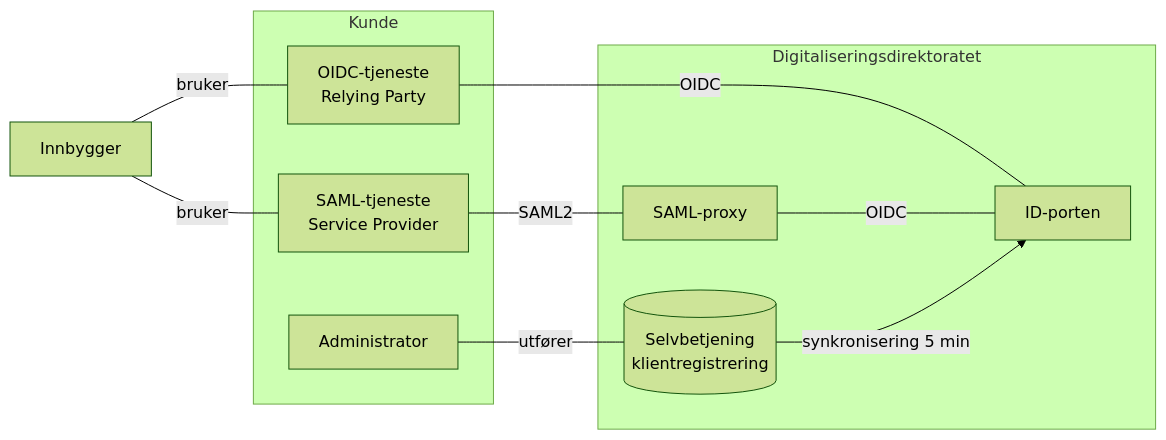
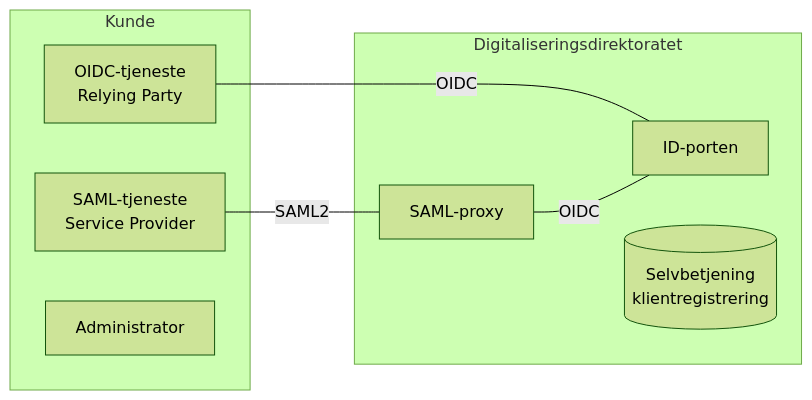
Before and after one commit to felleslosninger/docs: the diagram in _docs/idporten/idporten/idporten_overordnet.md, drawn with Mermaid (forest theme).

```diff
--- a/_docs/idporten/idporten/idporten_overordnet.md
+++ b/_docs/idporten/idporten/idporten_overordnet.md
@@ -26,22 +26,17 @@
 <div class="mermaid">
 graph LR
   subgraph Digitaliseringsdirektoratet
     IDP[ID-porten]
     SAML[SAML-proxy]
     SADM[(Selvbetjening <br/>klientregistrering)]
   end
   subgraph Kunde
      SP[SAML-tjeneste <br/>Service Provider]
      RP[OIDC-tjeneste <br/>Relying Party]
      ADM[Administrator]
   end
   RP-- OIDC ---IDP
   SP-- SAML2 ---SAML
   SAML-- OIDC ---IDP
-  ADM-- utfører ---SADM
-  SADM-- synkronisering 5 min -->IDP
-
-  Innbygger-- bruker ---SP
-  Innbygger-- bruker ---RP
 
 </div>
```
